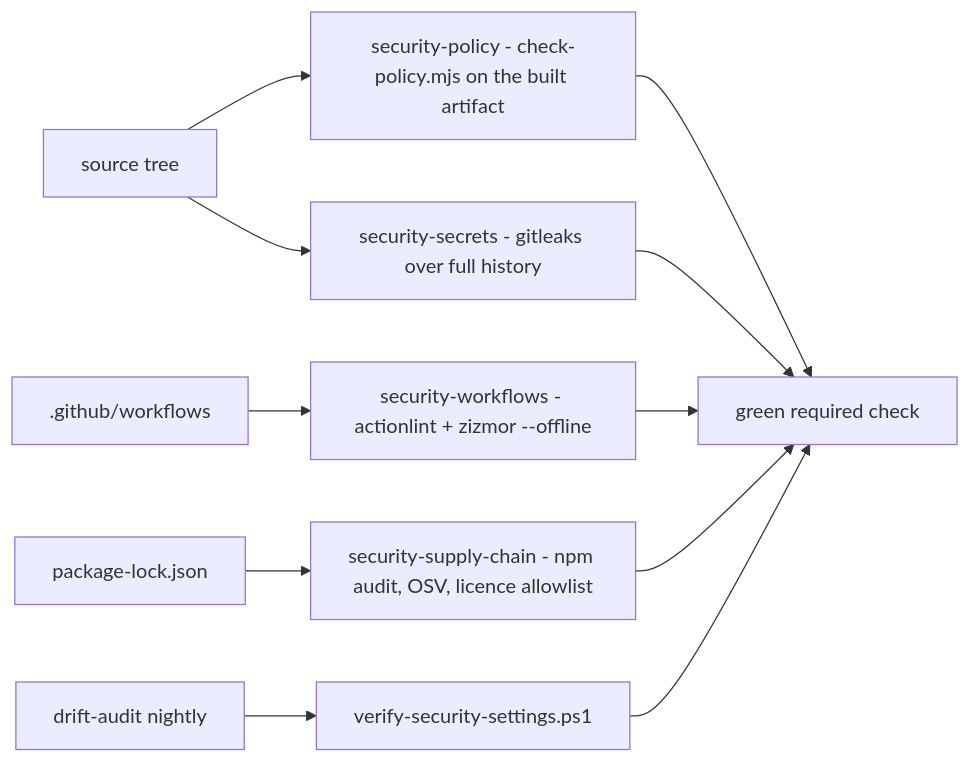
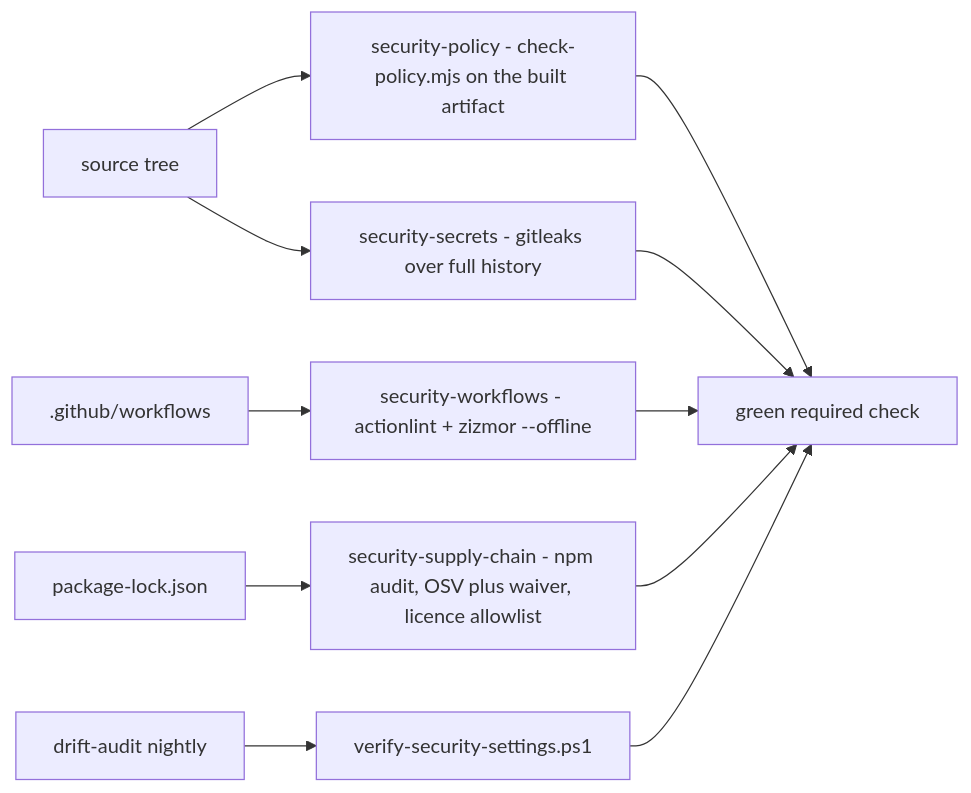
Before and after one commit to Simangaliso-Njabulo/tempo: the second of 2 diagrams in docs/human/developer/security.md, drawn with Mermaid. The commit also changed other lines of this file and 9 other files, not shown here.

````diff
--- a/docs/human/developer/security.md
+++ b/docs/human/developer/security.md
@@ -38,13 +38,13 @@
 ```mermaid
 flowchart LR
     SRC["source tree"] --> P1["security-policy - check-policy.mjs on the built artifact"]
     SRC --> P2["security-secrets - gitleaks over full history"]
     WF[".github/workflows"] --> P3["security-workflows - actionlint + zizmor --offline"]
-    LOCK["package-lock.json"] --> P4["security-supply-chain - npm audit, OSV, licence allowlist"]
+    LOCK["package-lock.json"] --> P4["security-supply-chain - npm audit, OSV plus waiver, licence allowlist"]
     P1 --> OK["green required check"]
     P2 --> OK
     P3 --> OK
     P4 --> OK
     NIGHT["drift-audit nightly"] --> SET["verify-security-settings.ps1"]
     SET --> OK
 ```
````
